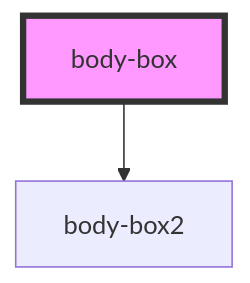
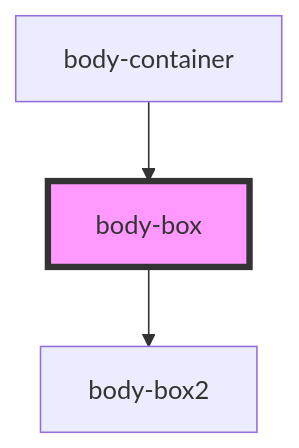
Before and after one commit to LucaArgentieri/ACME-Enterprise: the diagram in src/components/body-box/readme.md, drawn with Mermaid. The commit also changed other lines of this file and 10 other files, not shown here.

````diff
--- a/src/components/body-box/readme.md
+++ b/src/components/body-box/readme.md
@@ -15,5 +19,6 @@
 ```mermaid
 graph TD;
   body-box --> body-box2
+  body-container --> body-box
   style body-box fill:#f9f,stroke:#333,stroke-width:4px
 ```
````
